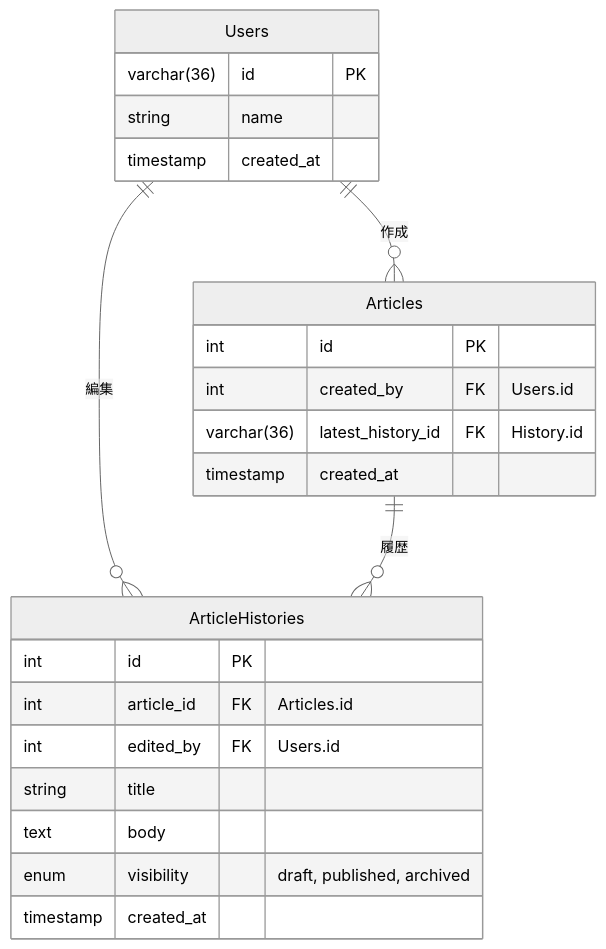
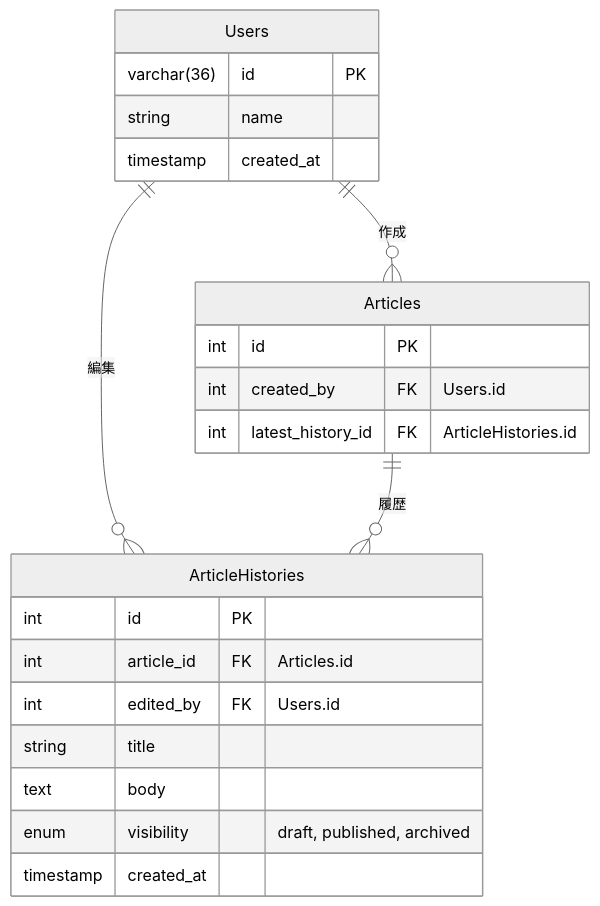
One commit to daiki-tadokoro/praha-challenge changed the diagram in Database/05_modeling/5-1/er.md. Above: the diagram before and after it, drawn with Mermaid (neutral theme).

````diff
--- a/Database/05_modeling/5-1/er.md
+++ b/Database/05_modeling/5-1/er.md
@@ -43,29 +43,28 @@
 ```mermaid
 erDiagram
   Users ||--o{ Articles : "作成"
   Users ||--o{ ArticleHistories : "編集"
   Articles ||--o{ ArticleHistories : "履歴"
 
   Users {
     varchar(36) id PK
     string name
     timestamp created_at
   }
 
   Articles {
     int id PK
     int created_by FK "Users.id"
-    varchar(36) latest_history_id FK "History.id"
-    timestamp created_at
+    int latest_history_id FK "ArticleHistories.id"
   }
 
   ArticleHistories {
     int id PK
     int article_id FK "Articles.id"
     int edited_by FK "Users.id"
     string title
     text body
     enum visibility "draft, published, archived"
     timestamp created_at
   }
 ```
````
